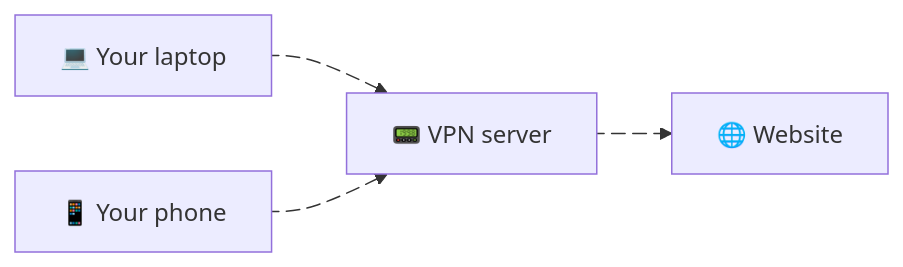
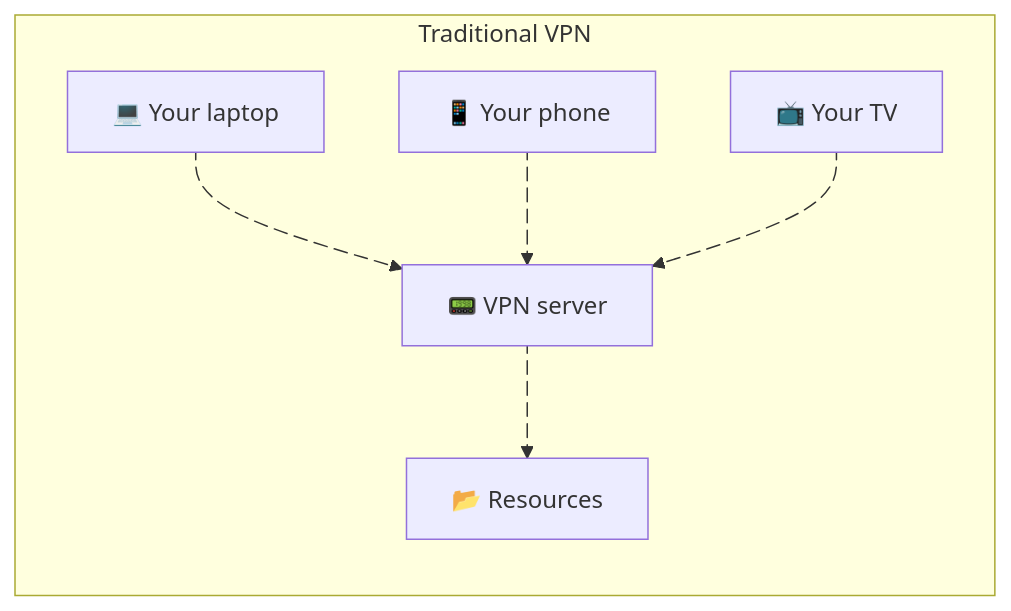
The third of 4 diagrams in posts/simple-deployment-for-personal-apps.md (maxime-filippini/personal-site-contents), drawn with Mermaid before and after one commit. The commit also changed other lines of this file, not shown here.

````diff
--- a/posts/simple-deployment-for-personal-apps.md
+++ b/posts/simple-deployment-for-personal-apps.md
@@ -30,10 +74,24 @@
 ```mermaid
 flowchart LR
-    A[💻 Your laptop] e1@--> B[📟 VPN server]
-    C[📱 Your phone] e2@--> B
-    B e3@--> D[🌐 Website]
+
+    subgraph "Traditional VPN"
+
+    A[💻 Your laptop]
+    C[📱 Your phone]
+    D[📺 Your TV]
+    E[📟 VPN server]
+    F[📂 Resources]
+
+    A e1@--> E 
+    E e2@--> F
+    C e3@--> E
+    D e4@--> E
 
     e1@{ animate: true }
     e2@{ animate: true }
-    e3@{ animate: true } 
+    e3@{ animate: true }
+    e4@{ animate: true }
+
+    end
+
 ```
````
